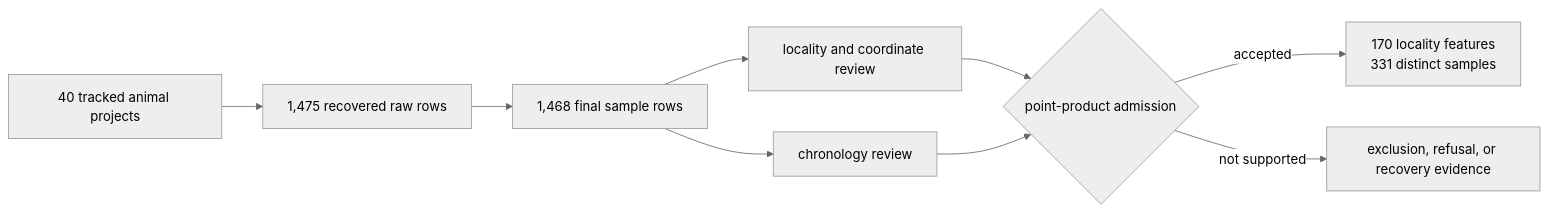
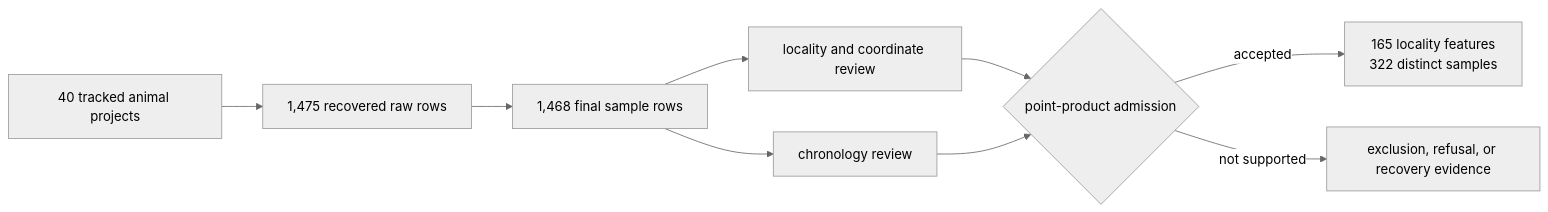
The fifth of 7 diagrams in docs/public/pollenomics/index.md (bijux/bijux-pollenomics), drawn with Mermaid (neutral theme) before and after one commit. The commit also changed other lines of this file and 956 other files, not shown here.

````diff
--- a/docs/public/pollenomics/index.md
+++ b/docs/public/pollenomics/index.md
@@ -209,11 +209,11 @@
 ```mermaid
 flowchart LR
     Project["40 tracked animal projects"] --> Raw["1,475 recovered raw rows"]
     Raw --> Sample["1,468 final sample rows"]
     Sample --> Place["locality and coordinate review"]
     Sample --> Time["chronology review"]
     Place --> Admission{"point-product admission"}
     Time --> Admission
-    Admission -->|accepted| Point["170 locality features<br/>331 distinct samples"]
+    Admission -->|accepted| Point["165 locality features<br/>322 distinct samples"]
     Admission -->|not supported| VisibleGap["exclusion, refusal, or recovery evidence"]
 ```
````
